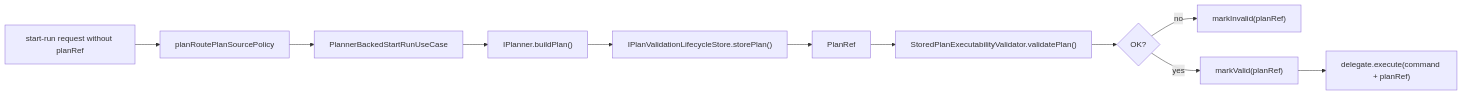
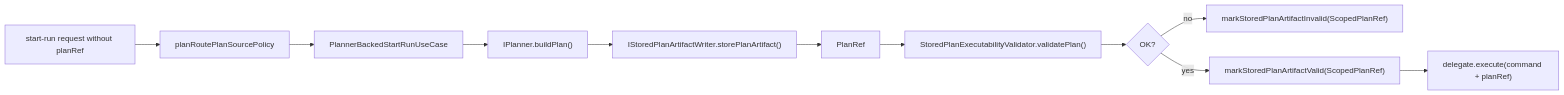
The third of 3 diagrams in docs/planning/status/planner-current-state-assessment.md (dunay2/dvt), drawn with Mermaid before and after one commit. The commit also changed 19 other files, not shown here.

````diff
--- a/docs/planning/status/planner-current-state-assessment.md
+++ b/docs/planning/status/planner-current-state-assessment.md
@@ -183,13 +183,13 @@
 ```mermaid
 flowchart LR
     Request["start-run request without planRef"] --> Policy["planRoutePlanSourcePolicy"]
     Policy --> UseCase["PlannerBackedStartRunUseCase"]
     UseCase --> Planner["IPlanner.buildPlan()"]
-    Planner --> Store["IPlanValidationLifecycleStore.storePlan()"]
-    Store --> Ref["PlanRef"]
+    Planner --> ArtifactStore["IStoredPlanArtifactWriter.storePlanArtifact()"]
+    ArtifactStore --> Ref["PlanRef"]
     Ref --> Validate["StoredPlanExecutabilityValidator.validatePlan()"]
     Validate --> Decision{"OK?"}
-    Decision -- no --> Invalid["markInvalid(planRef)"]
-    Decision -- yes --> Valid["markValid(planRef)"]
+    Decision -- no --> Invalid["markStoredPlanArtifactInvalid(ScopedPlanRef)"]
+    Decision -- yes --> Valid["markStoredPlanArtifactValid(ScopedPlanRef)"]
     Valid --> Delegate["delegate.execute(command + planRef)"]
 ```
````
